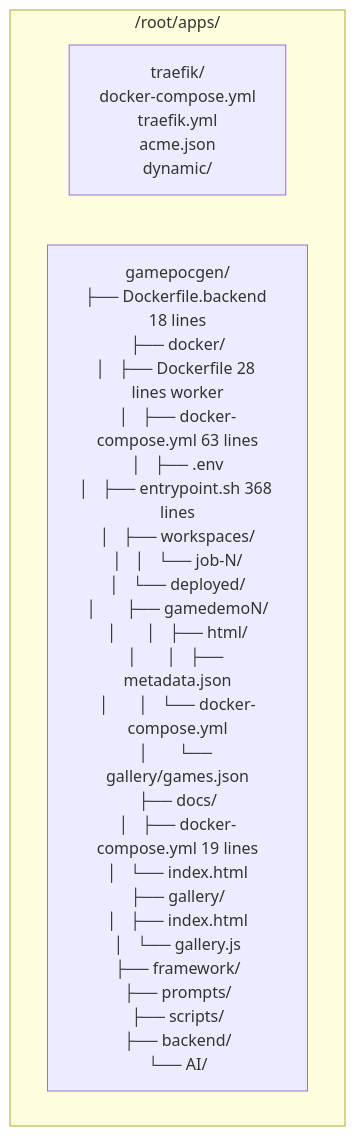
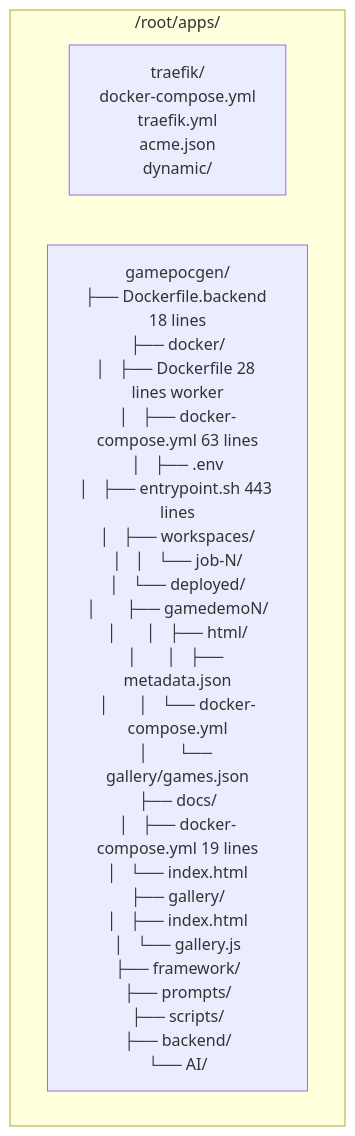
One commit to J-Gierend/gamePocGen changed the fifth of 7 diagrams in CLAUDE.md. Above: the diagram before and after it, drawn with Mermaid. The commit also changed other lines of this file and 7 other files, not shown here.

First line of the commit message:
docs: update architecture docs, remove orphaned files

````diff
--- a/CLAUDE.md
+++ b/CLAUDE.md
@@ -166,7 +166,7 @@
 ```mermaid
 graph TD
     subgraph "/root/apps/"
         T_DIR["traefik/\ndocker-compose.yml\ntraefik.yml\nacme.json\ndynamic/"]
-        G_DIR["gamepocgen/\n├── Dockerfile.backend 18 lines\n├── docker/\n│   ├── Dockerfile 28 lines worker\n│   ├── docker-compose.yml 63 lines\n│   ├── .env\n│   ├── entrypoint.sh 368 lines\n│   ├── workspaces/\n│   │   └── job-N/\n│   └── deployed/\n│       ├── gamedemoN/\n│       │   ├── html/\n│       │   ├── metadata.json\n│       │   └── docker-compose.yml\n│       └── gallery/games.json\n├── docs/\n│   ├── docker-compose.yml 19 lines\n│   └── index.html\n├── gallery/\n│   ├── index.html\n│   └── gallery.js\n├── framework/\n├── prompts/\n├── scripts/\n├── backend/\n└── AI/"]
+        G_DIR["gamepocgen/\n├── Dockerfile.backend 18 lines\n├── docker/\n│   ├── Dockerfile 28 lines worker\n│   ├── docker-compose.yml 63 lines\n│   ├── .env\n│   ├── entrypoint.sh 443 lines\n│   ├── workspaces/\n│   │   └── job-N/\n│   └── deployed/\n│       ├── gamedemoN/\n│       │   ├── html/\n│       │   ├── metadata.json\n│       │   └── docker-compose.yml\n│       └── gallery/games.json\n├── docs/\n│   ├── docker-compose.yml 19 lines\n│   └── index.html\n├── gallery/\n│   ├── index.html\n│   └── gallery.js\n├── framework/\n├── prompts/\n├── scripts/\n├── backend/\n└── AI/"]
     end
 ```
````
